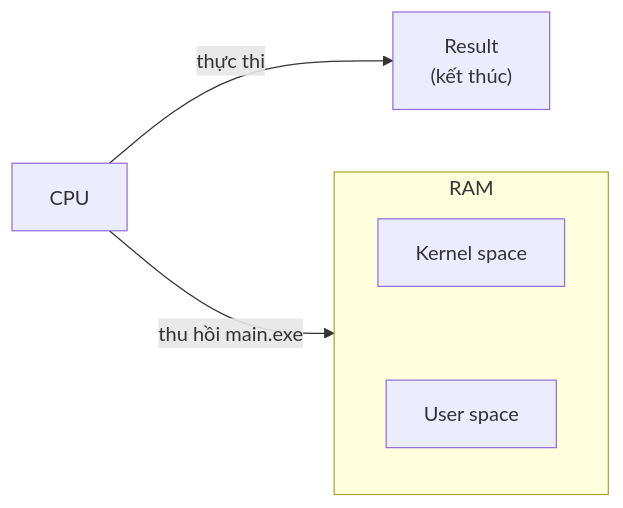
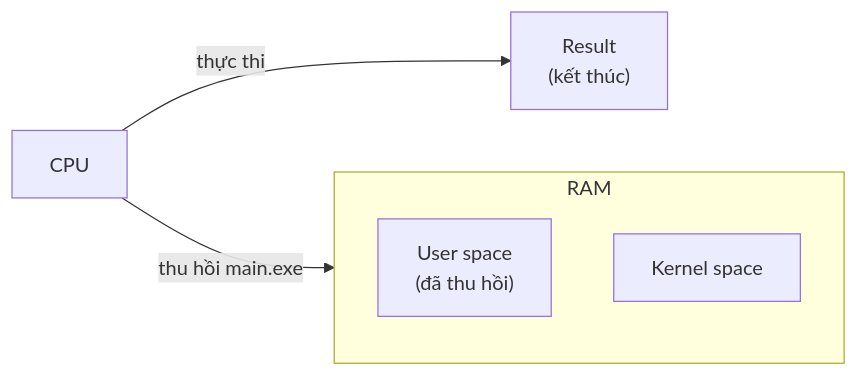
Before and after one commit to Duc-Lee/LLMserving_GPUoptimization: the fourth of 10 diagrams in OperatingSystem/OS_scratch/Concepts_OS/Intro_OS/Lession4.md, drawn with Mermaid. The commit also changed other lines of this file, not shown here.

````diff
--- a/OperatingSystem/OS_scratch/Concepts_OS/Intro_OS/Lession4.md
+++ b/OperatingSystem/OS_scratch/Concepts_OS/Intro_OS/Lession4.md
@@ -75,12 +63,11 @@
 ```mermaid
 flowchart LR
     CPU["CPU"] -->|"thực thi"| RESULT["Result<br/>(kết thúc)"]
     CPU -->|"thu hồi main.exe"| US
 
     subgraph RAM ["RAM"]
         direction TB
         KS["Kernel space"]
-        US["User space"]
-        KS ~~~ US
+        US["User space<br/>(đã thu hồi)"]
     end
 ```
````
